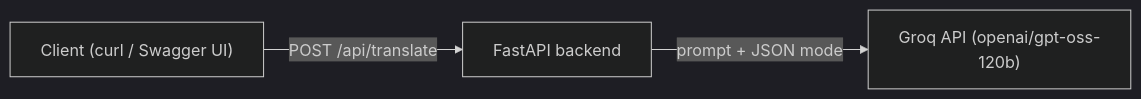
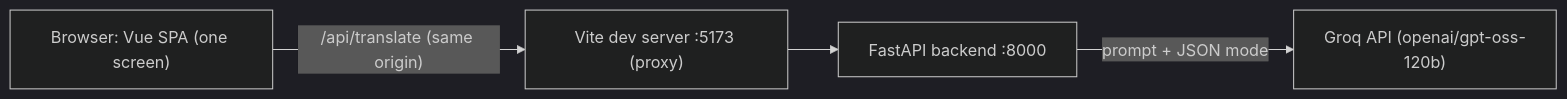
The diagram in README.md (DSanCab968/Miniapp_Translator), drawn with Mermaid (dark theme) before and after one commit. The commit also changed other lines of this file and 17 other files, not shown here.

````diff
--- a/README.md
+++ b/README.md
@@ -60,5 +60,6 @@
 ```mermaid
 flowchart LR
-    client["Client (curl / Swagger UI)"] -->|"POST /api/translate"| api["FastAPI backend"]
+    browser["Browser: Vue SPA (one screen)"] -->|"/api/translate (same origin)"| vite["Vite dev server :5173 (proxy)"]
+    vite --> api["FastAPI backend :8000"]
     api -->|"prompt + JSON mode"| groq["Groq API (openai/gpt-oss-120b)"]
 ```
````
